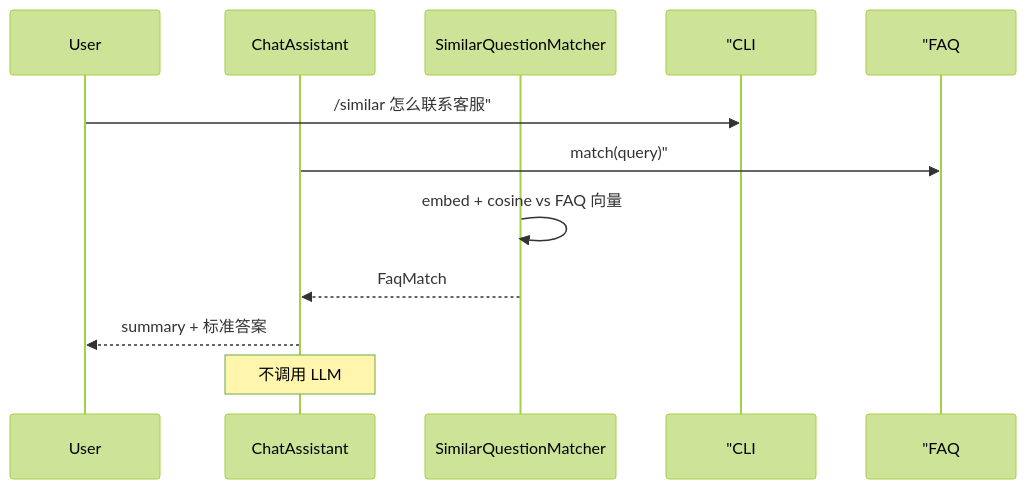
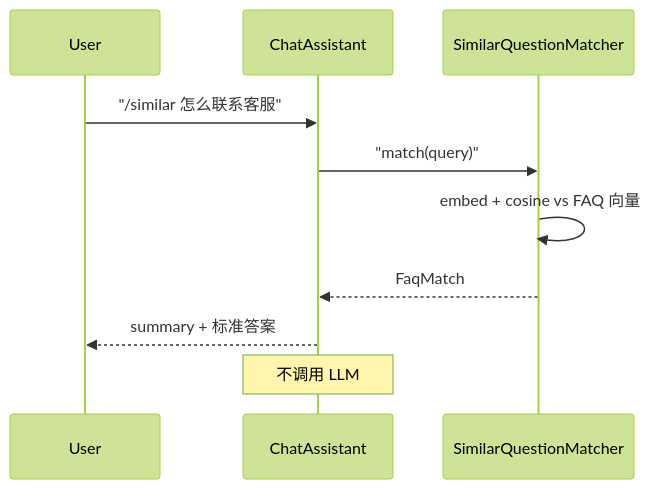
Before and after one commit to ab6539763/70_days_course_plus: the fourth of 6 diagrams in course/day20/04_流程图与示意图.md, drawn with Mermaid (forest theme). The commit also changed 80 other files, not shown here.

First line of the commit message:
fix(course): 修复 Mermaid 图表渲染报错 + 同步嵌入代码快照

````diff
--- a/course/day20/04_流程图与示意图.md
+++ b/course/day20/04_流程图与示意图.md
@@ -82,13 +82,13 @@
 ```mermaid
 sequenceDiagram
     participant User
     participant CLI as ChatAssistant
     participant FAQ as SimilarQuestionMatcher
 
-    User->> "CLI: /similar 怎么联系客服"
-    CLI->> "FAQ: match(query)"
+    User->>CLI: "/similar 怎么联系客服"
+    CLI->>FAQ: "match(query)"
     FAQ->>FAQ: embed + cosine vs FAQ 向量
     FAQ-->>CLI: FaqMatch
     CLI-->>User: summary + 标准答案
     Note over CLI: 不调用 LLM
 ```
````
